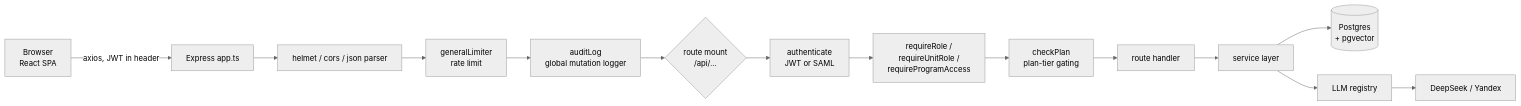
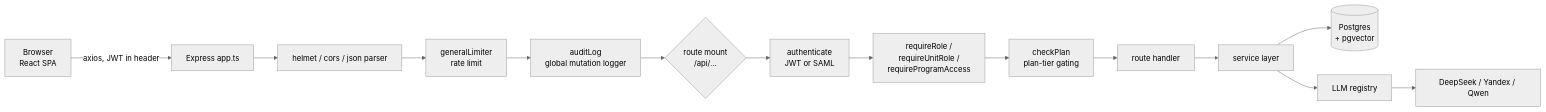
Before and after one commit to daniesmurts/Teaching-assistant: the first of 2 diagrams in docs/ARCHITECTURE.md, drawn with Mermaid (neutral theme). The commit also changed other lines of this file and 31 other files, not shown here.

````diff
--- a/docs/ARCHITECTURE.md
+++ b/docs/ARCHITECTURE.md
@@ -7,16 +7,16 @@
 ```mermaid
 flowchart LR
     A[Browser<br/>React SPA] -->|axios, JWT in header| B[Express app.ts]
     B --> C[helmet / cors / json parser]
     C --> D[generalLimiter<br/>rate limit]
     D --> E[auditLog<br/>global mutation logger]
     E --> F{route mount<br/>/api/...}
     F --> G[authenticate<br/>JWT or SAML]
     G --> H[requireRole /<br/>requireUnitRole /<br/>requireProgramAccess]
     H --> I[checkPlan<br/>plan-tier gating]
     I --> J[route handler]
     J --> K[service layer]
     K --> L[(Postgres<br/>+ pgvector)]
     K --> M[LLM registry]
-    M --> N[DeepSeek / Yandex]
+    M --> N[DeepSeek / Yandex / Qwen]
 ```
````
